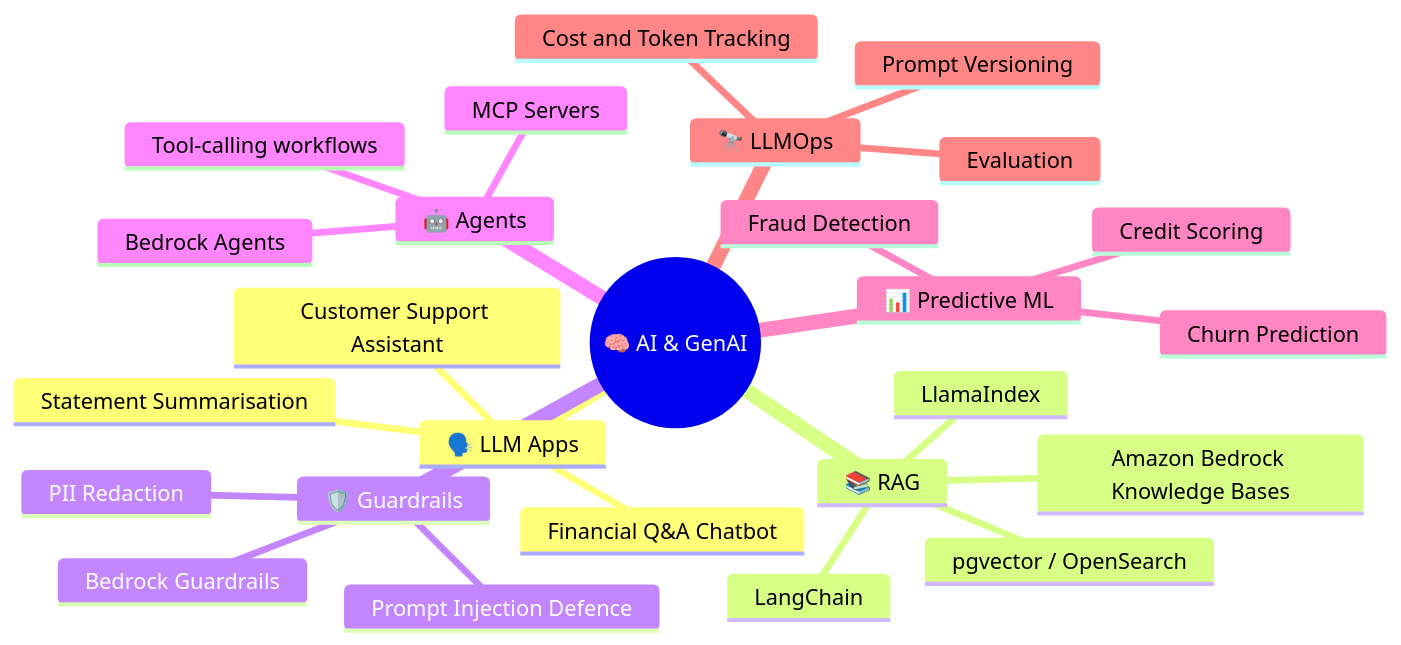
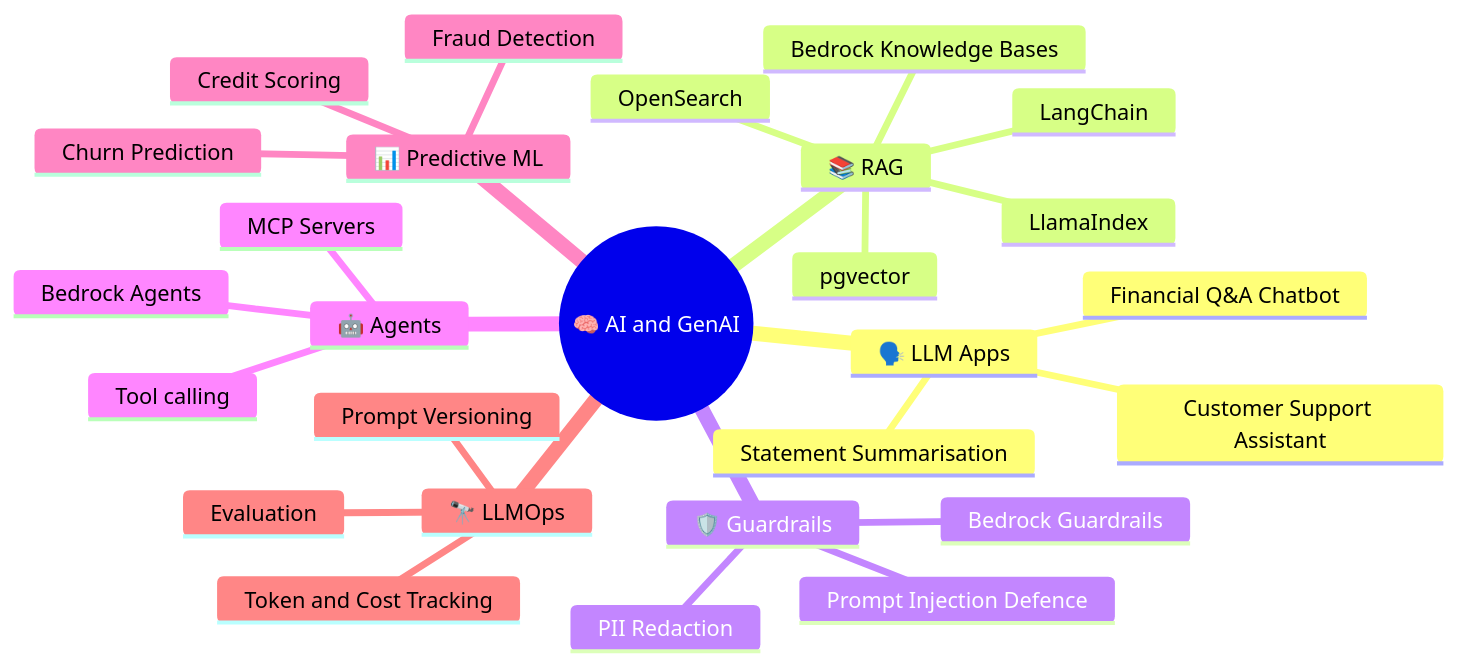
Before and after one commit to muntaha747/FinTech-Enterprise-Project: diagram 11 of 17 in README.md, drawn with Mermaid. The commit also changed other lines of this file, not shown here.

Commit message:
Remove Terraform/Karpenter files; expand README with 14 microservices and richer diagrams

````diff
--- a/README.md
+++ b/README.md
@@ -151,29 +473,30 @@
 ```mermaid
 mindmap
-  root((🧠 AI & GenAI))
+  root((🧠 AI and GenAI))
     🗣️ LLM Apps
       Customer Support Assistant
       Financial Q&A Chatbot
       Statement Summarisation
     📚 RAG
-      Amazon Bedrock Knowledge Bases
+      Bedrock Knowledge Bases
       LangChain
       LlamaIndex
-      pgvector / OpenSearch
+      pgvector
+      OpenSearch
     🛡️ Guardrails
       Bedrock Guardrails
       PII Redaction
       Prompt Injection Defence
     🤖 Agents
       Bedrock Agents
       MCP Servers
-      Tool-calling workflows
+      Tool calling
     📊 Predictive ML
       Fraud Detection
       Credit Scoring
       Churn Prediction
     🔭 LLMOps
       Prompt Versioning
       Evaluation
-      Cost and Token Tracking
+      Token and Cost Tracking
 ```
````
